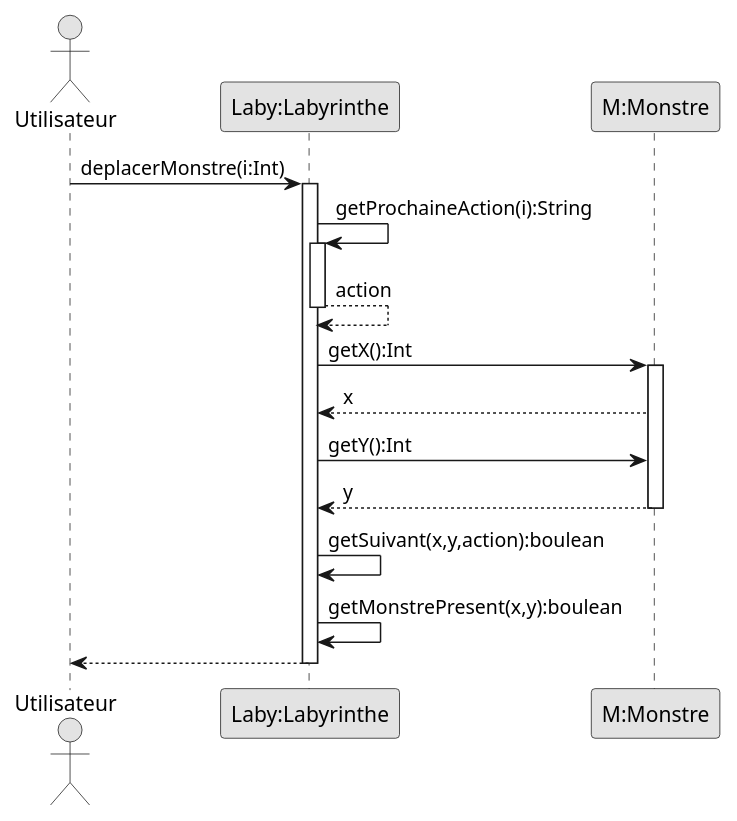
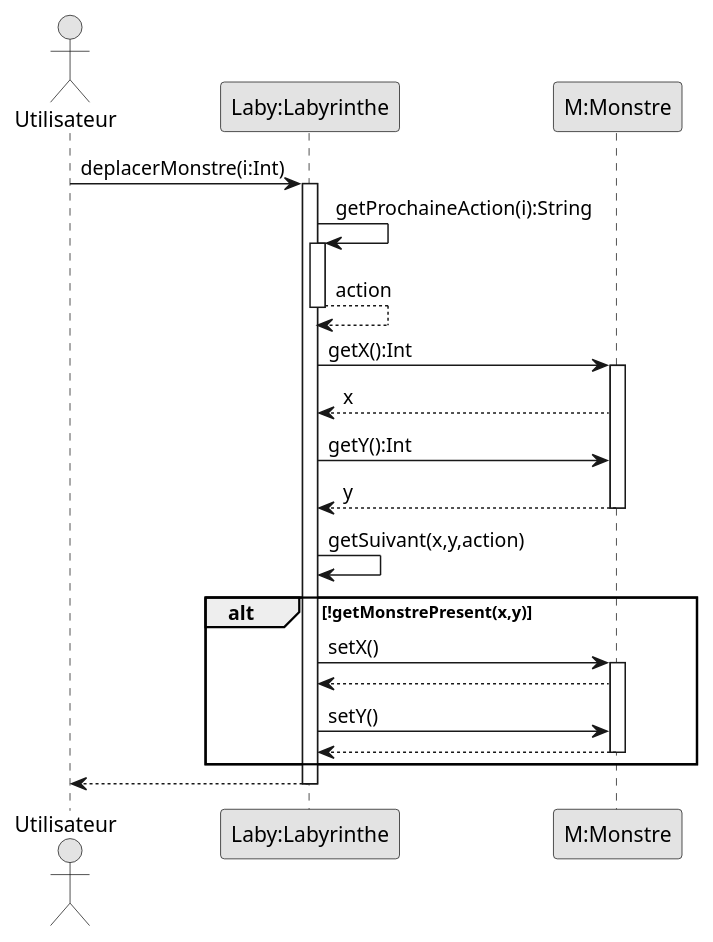
The diagram in documents/version_1/CollisionsEntreDeuxMonstres.puml (Dracosxs/2022_Zeldiablo_MOUGIN_DEFOLIE_KETZINGER_KOLER), drawn with PlantUML before and after one commit. The commit also changed 2 other files, not shown here.

Commit message:
Ajout des conditionnelles dans certains diagrammes de sequence

```diff
--- a/documents/version_1/CollisionsEntreDeuxMonstres.puml
+++ b/documents/version_1/CollisionsEntreDeuxMonstres.puml
@@ -1,26 +1,33 @@
 @startuml
 skinparam monochrome true
 
 actor Utilisateur
 
 participant "Laby:Labyrinthe" as Laby
 participant "M:Monstre" as M
 
 Utilisateur -> Laby: deplacerMonstre(i:Int)
 activate Laby
 Laby -> Laby: getProchaineAction(i):String
 activate Laby
 Laby --> Laby: action
 deactivate Laby
 Laby -> M: getX():Int
 activate M
 Laby <-- M: x
 Laby -> M: getY():Int
 Laby <-- M: y
 deactivate M
-Laby -> Laby: getSuivant(x,y,action):boulean
-Laby -> Laby: getMonstrePresent(x,y):boulean
+Laby -> Laby: getSuivant(x,y,action)
+alt !getMonstrePresent(x,y)
+    Laby -> M: setX()
+        activate M
+        Laby <-- M:
+        Laby -> M: setY()
+        Laby <-- M:
+        deactivate M
+end
 Laby --> Utilisateur
 deactivate Laby
 
 @enduml
```
